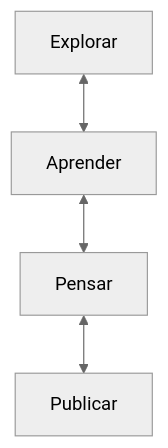
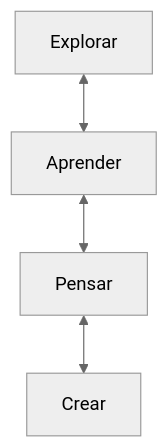
The first of 2 diagrams in mi proceso de toma de notas 2023.md (abrahambahez/notas), drawn with Mermaid (neutral theme) before and after one commit. The commit also changed other lines of this file and 257 other files, not shown here.

````diff
--- a/mi proceso de toma de notas 2023.md
+++ b/mi proceso de toma de notas 2023.md
@@ -13,4 +13,4 @@
 ```mermaid
 graph TD
-    Explorar <--> Aprender <--> Pensar <--> Publicar
+    Explorar <--> Aprender <--> Pensar <--> Crear
 ```
````
